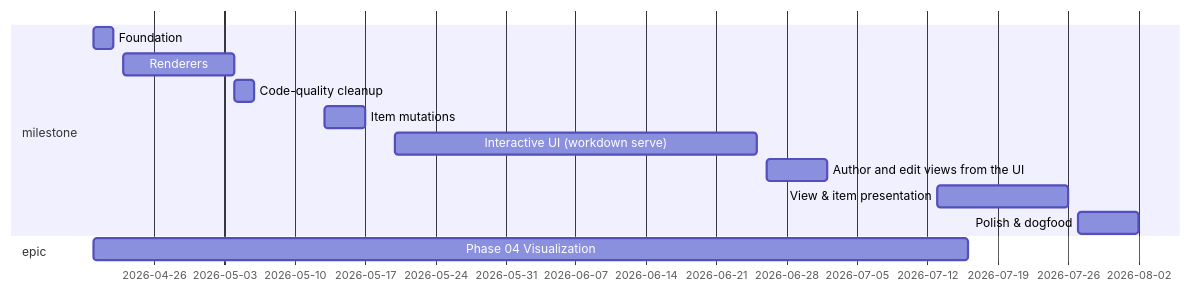
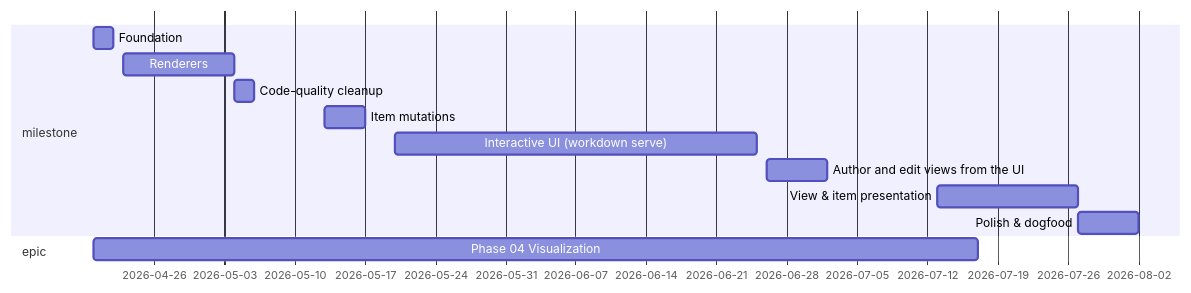
One commit to jasdefer/Workdown changed the diagram in views/roadmap-by-duration.md. Above: the diagram before and after it, drawn with Mermaid. The commit also changed 17 other files, not shown here.

````diff
--- a/views/roadmap-by-duration.md
+++ b/views/roadmap-by-duration.md
@@ -5,15 +5,15 @@
 ```mermaid
 gantt
     dateFormat YYYY-MM-DD
     section milestone
     Foundation :foundation, 2026-04-20, 2026-04-22
     Renderers :renderers, 2026-04-23, 2026-05-04
     Code-quality cleanup :code-quality, 2026-05-04, 2026-05-06
     Item mutations :item-mutations, 2026-05-13, 2026-05-17
     Interactive UI (workdown serve) :server, 2026-05-20, 2026-06-25
     Author and edit views from the UI :view-authoring, 2026-06-26, 2026-07-02
-    View & item presentation :view-presentation, 2026-07-13, 2026-07-26
+    View & item presentation :view-presentation, 2026-07-13, 2026-07-27
     Polish & dogfood :polish, 2026-07-27, 2026-08-02
     section epic
-    Phase 04 Visualization :phase-04-visualization, 2026-04-20, 2026-07-16
+    Phase 04 Visualization :phase-04-visualization, 2026-04-20, 2026-07-17
 ```
````
